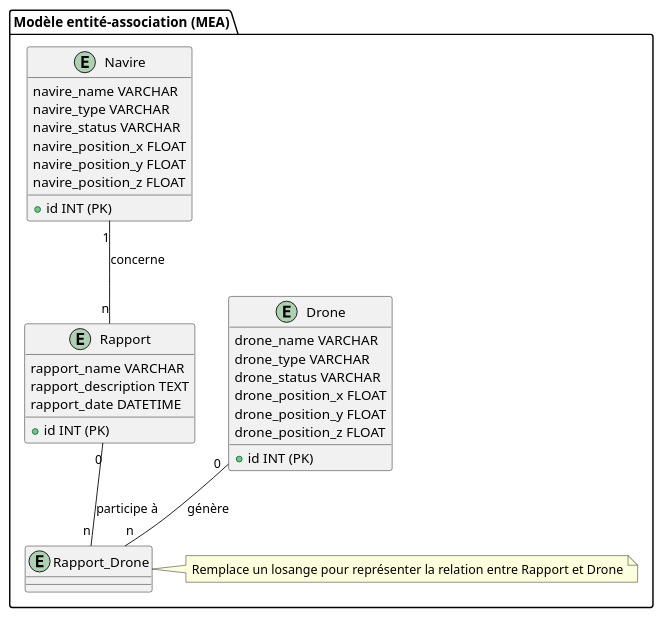
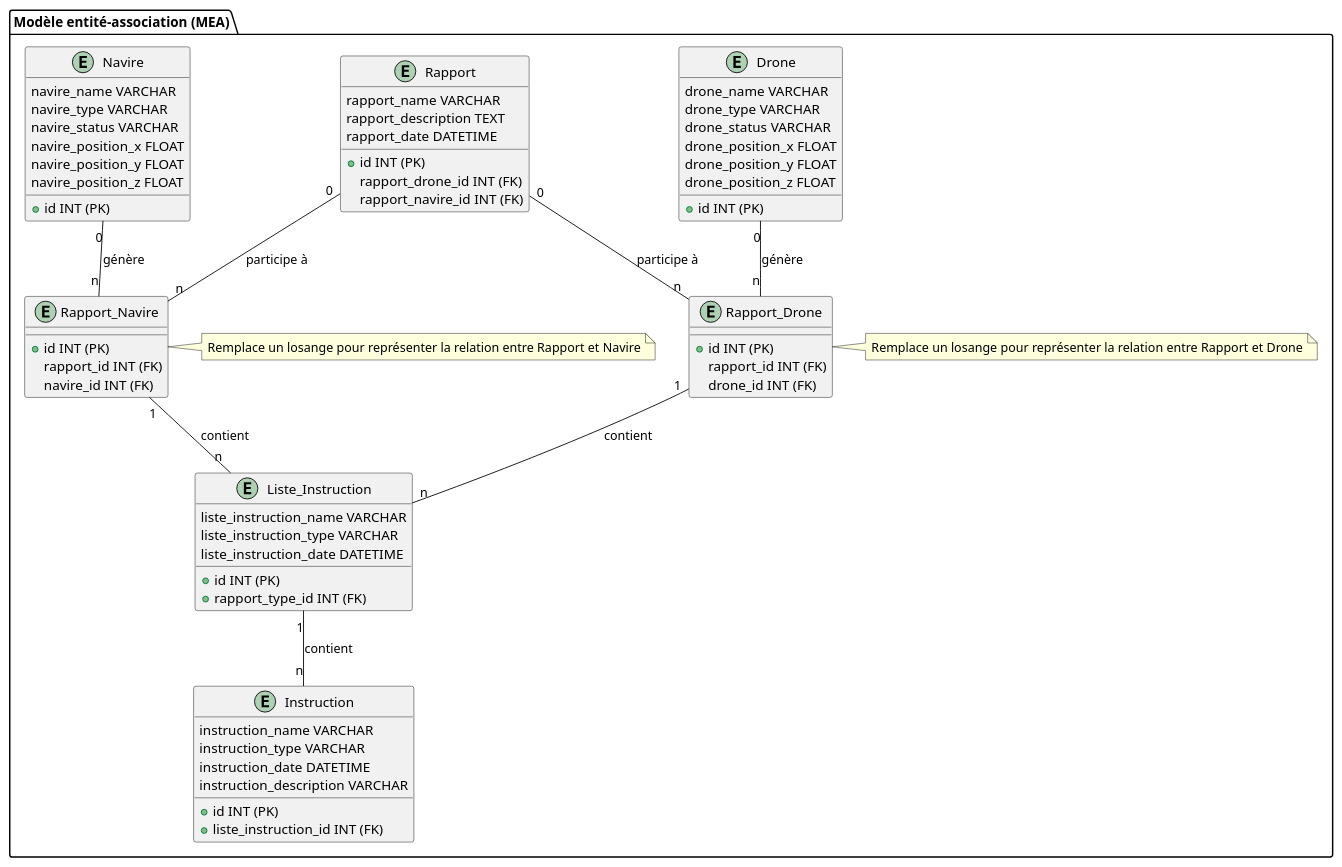
The diagram in Diagramme/BDD/MEA.plantuml (iDevelopp/I62Projet), drawn with PlantUML before and after one commit. The commit also changed 78 other files, not shown here.

```diff
--- a/Diagramme/BDD/MEA.plantuml
+++ b/Diagramme/BDD/MEA.plantuml
@@ -1,42 +1,76 @@
 @startuml
 package "Modèle entité-association (MEA)" {
     entity Drone {
         + id INT (PK)
         drone_name VARCHAR
         drone_type VARCHAR
         drone_status VARCHAR
         drone_position_x FLOAT
         drone_position_y FLOAT
         drone_position_z FLOAT
     }
 
     entity Navire {
         + id INT (PK)
         navire_name VARCHAR
         navire_type VARCHAR
         navire_status VARCHAR
         navire_position_x FLOAT
         navire_position_y FLOAT
         navire_position_z FLOAT
     }
 
     entity Rapport {
         + id INT (PK)
         rapport_name VARCHAR
         rapport_description TEXT
         rapport_date DATETIME
+        rapport_drone_id INT (FK)
+        rapport_navire_id INT (FK)
     }
 
     entity Rapport_Drone {
-        
+        + id INT (PK)
+        rapport_id INT (FK)
+        drone_id INT (FK)
     }
     note right of Rapport_Drone
     Remplace un losange pour représenter la relation entre Rapport et Drone
     end note
 
+    entity Rapport_Navire {
+        + id INT (PK)
+        rapport_id INT (FK)
+        navire_id INT (FK)
+    }
+    note right of Rapport_Navire
+    Remplace un losange pour représenter la relation entre Rapport et Navire
+    end note
+
+    entity Liste_Instruction {
+        + id INT (PK)
+        + rapport_type_id INT (FK)
+        liste_instruction_name VARCHAR
+        liste_instruction_type VARCHAR
+        liste_instruction_date DATETIME
+    }
+
+    entity Instruction {
+        + id INT (PK)
+        + liste_instruction_id INT (FK)
+        instruction_name VARCHAR
+        instruction_type VARCHAR
+        instruction_date DATETIME
+        instruction_description VARCHAR
+    }
+
     Drone "0" -- "n" Rapport_Drone : génère
     Rapport "0" -- "n" Rapport_Drone : participe à
-    Navire "1" -- "n" Rapport : concerne
+    Navire "0" -- "n" Rapport_Navire : génère
+    Rapport "0" -- "n" Rapport_Navire : participe à
 
+    Rapport_Drone "1" -- "n" Liste_Instruction : contient
+    Rapport_Navire "1" -- "n" Liste_Instruction : contient
+    Liste_Instruction "1" -- "n" Instruction : contient
 }
 @enduml
```
